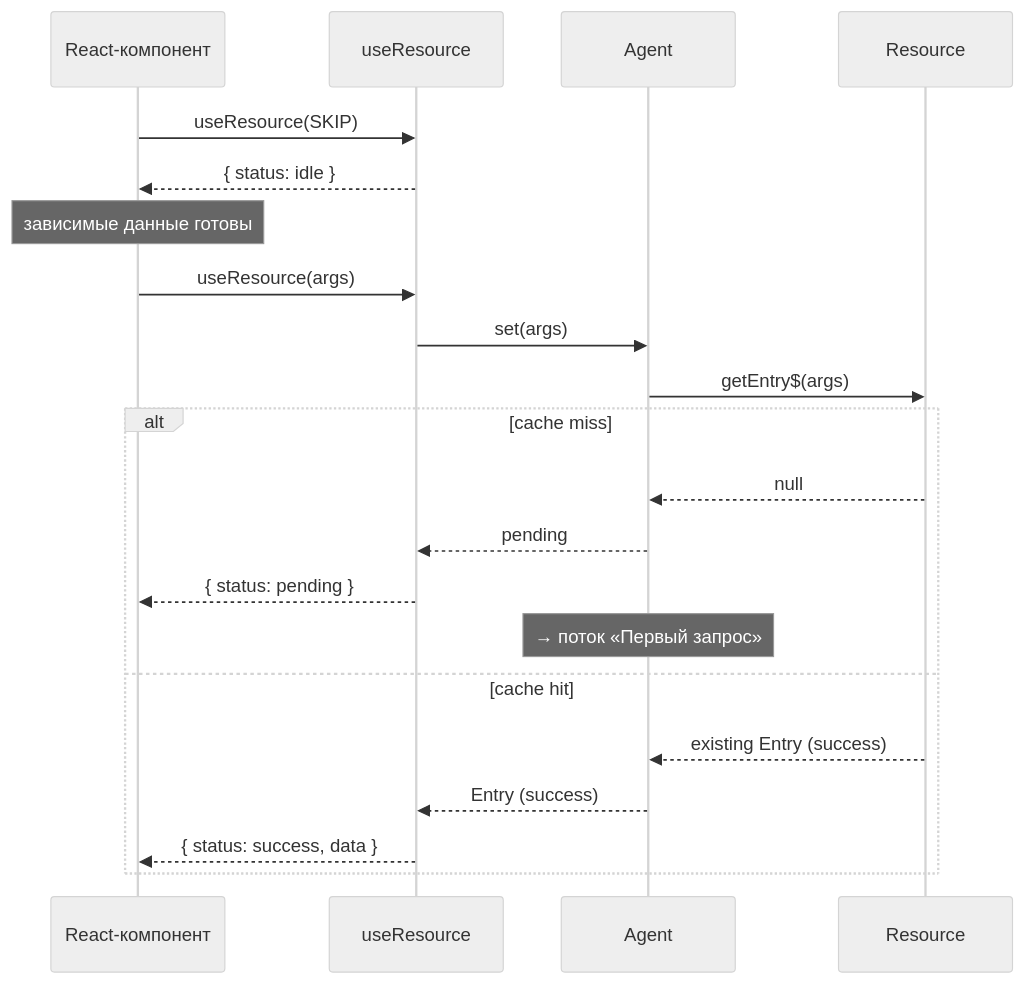
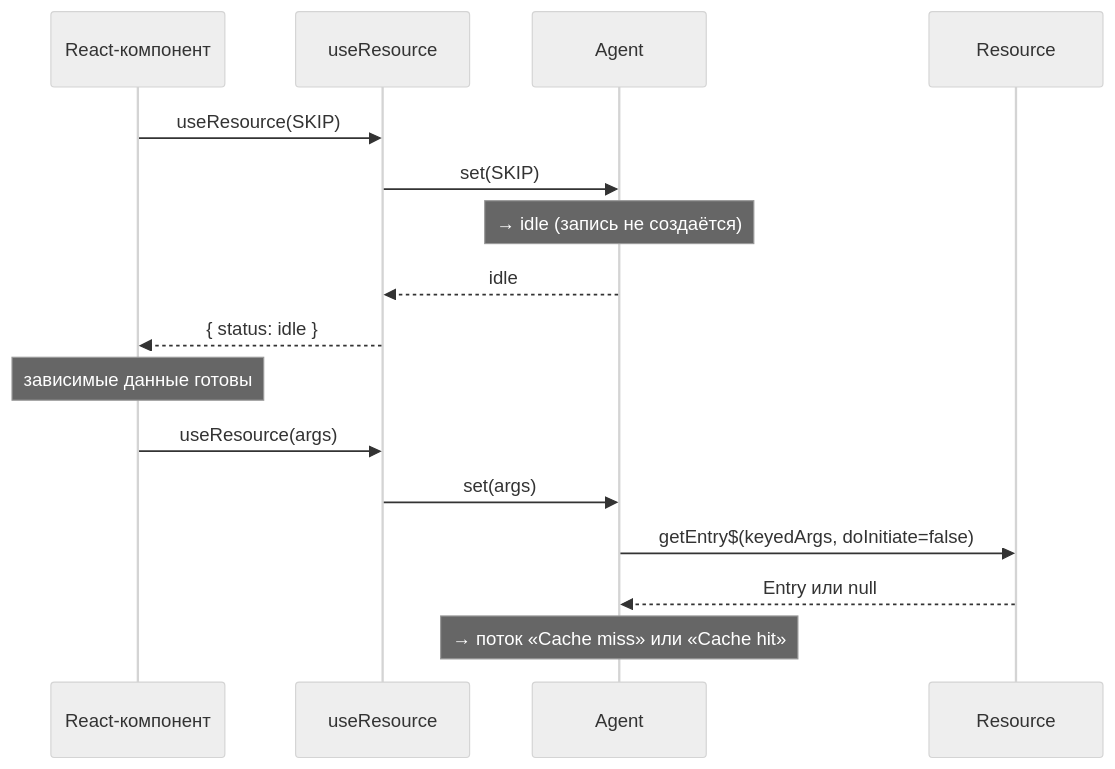
Before and after one commit to fozy-labs/rx-toolkit: the third of 10 diagrams in docs/query/concepts/dataflows.md, drawn with Mermaid (neutral theme). The commit also changed other lines of this file and 1 other file, not shown here.

````diff
--- a/docs/query/concepts/dataflows.md
+++ b/docs/query/concepts/dataflows.md
@@ -105,27 +105,23 @@
 ```mermaid
 sequenceDiagram
     participant UI as React-компонент
     participant Hook as useResource
     participant Agent as Agent
     participant Res as Resource
 
     UI->>Hook: useResource(SKIP)
+    Hook->>Agent: set(SKIP)
+    Note over Agent: → idle (запись не создаётся)
+    Agent-->>Hook: idle
     Hook-->>UI: { status: idle }
 
     Note over UI: зависимые данные готовы
-    
+
     UI->>Hook: useResource(args)
     Hook->>Agent: set(args)
-    Agent->>Res: getEntry$(args)
+    Agent->>Res: getEntry$(keyedArgs, doInitiate=false)
 
-    alt cache miss
-        Res-->>Agent: null
-        Agent-->>Hook: pending
-        Hook-->>UI: { status: pending }
-        Note over Agent: → поток «Первый запрос»
-    else cache hit
-        Res-->>Agent: existing Entry (success)
-        Agent-->>Hook: Entry (success)
-        Hook-->>UI: { status: success, data }
-    end
+    Res-->>Agent: Entry или null
+
+    Note over Agent: → поток «Cache miss» или «Cache hit»
 ```
````
